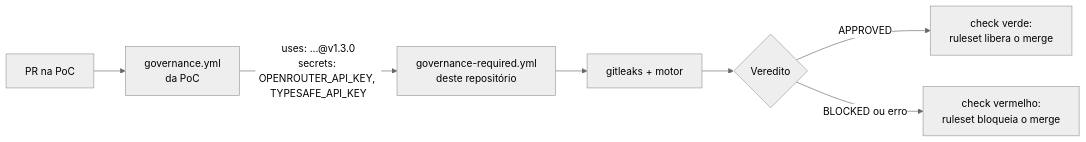
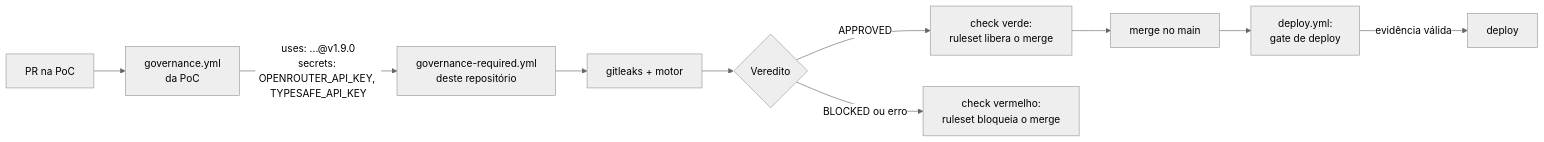
One commit to robertosrjr/governance-policies changed the diagram in README.md. Above: the diagram before and after it, drawn with Mermaid (neutral theme). The commit also changed other lines of this file and 2 other files, not shown here.

````diff
--- a/README.md
+++ b/README.md
@@ -206,9 +233,11 @@
 ```mermaid
 flowchart LR
     A[PR na PoC] --> B[governance.yml<br/>da PoC]
-    B -- "uses: ...@v1.3.0<br/>secrets: OPENROUTER_API_KEY, TYPESAFE_API_KEY" --> C[governance-required.yml<br/>deste repositório]
+    B -- "uses: ...@v1.9.0<br/>secrets: OPENROUTER_API_KEY, TYPESAFE_API_KEY" --> C[governance-required.yml<br/>deste repositório]
     C --> D[gitleaks + motor]
     D --> E{Veredito}
     E -- APPROVED --> F[check verde:<br/>ruleset libera o merge]
     E -- BLOCKED ou erro --> G[check vermelho:<br/>ruleset bloqueia o merge]
+    F --> H[merge no main] --> I[deploy.yml:<br/>gate de deploy]
+    I -- evidência válida --> J[deploy]
 ```
````
